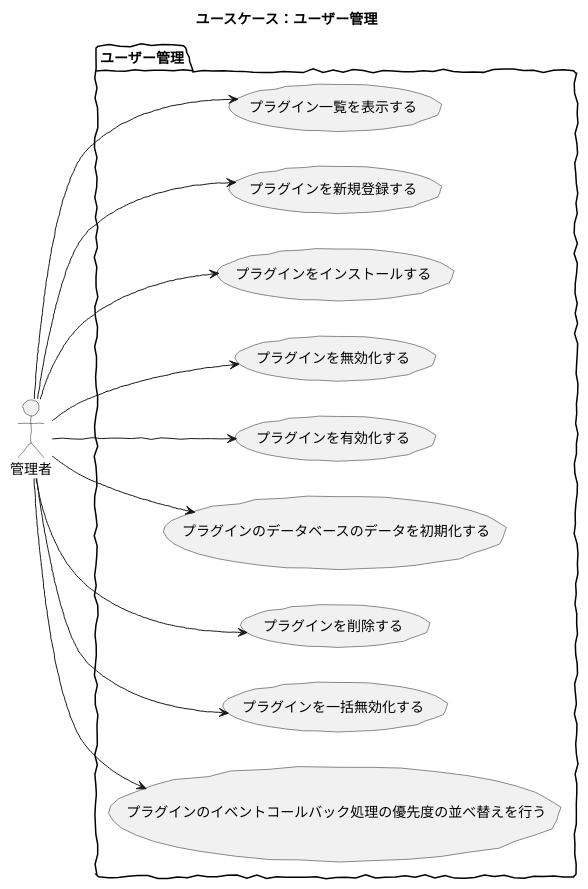
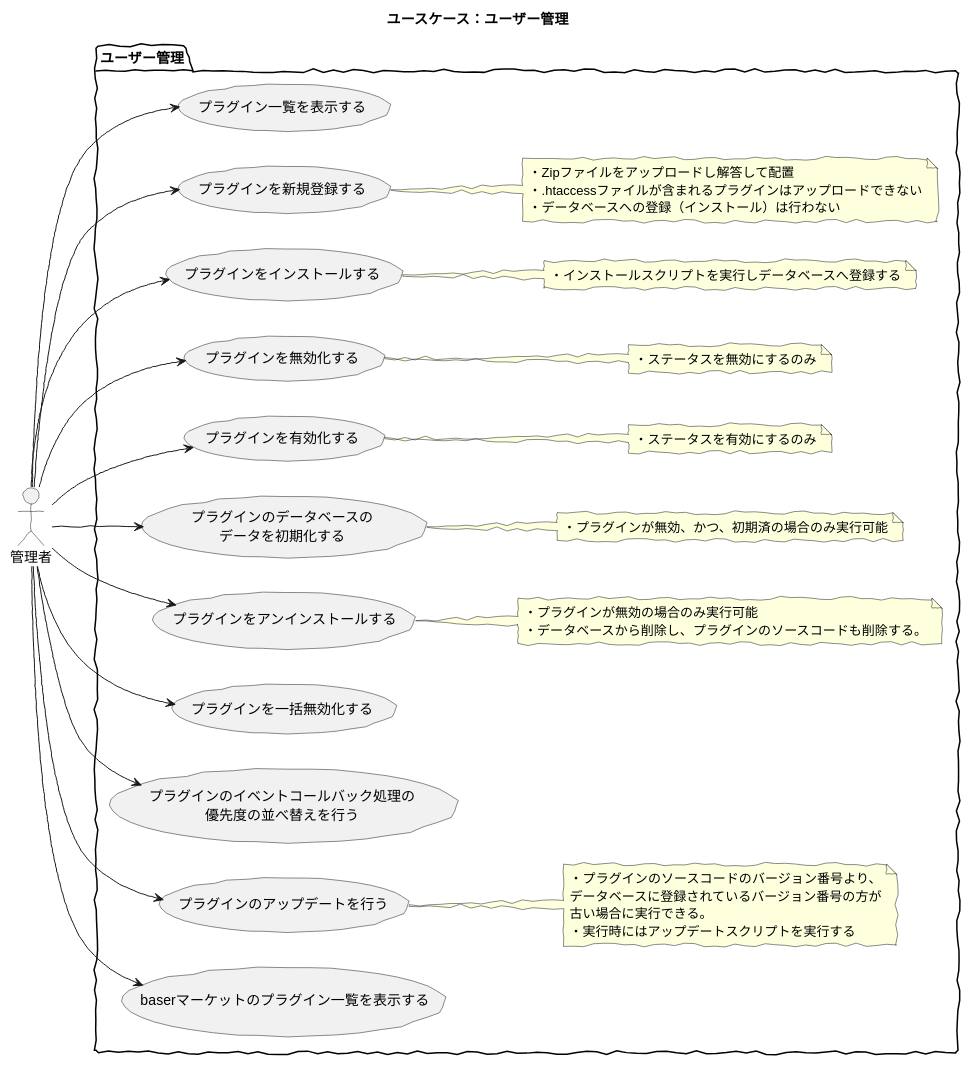
Before and after one commit to baserproject/baserproject.github.io: the diagram in src/puml/5/ucmitz/svg/use_case/plugins.puml, drawn with PlantUML. The commit also changed 8 other files, not shown here.

```diff
--- a/src/puml/5/ucmitz/svg/use_case/plugins.puml
+++ b/src/puml/5/ucmitz/svg/use_case/plugins.puml
@@ -1,22 +1,51 @@
 @startuml
 skinparam handwritten true
 skinparam backgroundColor white
 
 title ユースケース：ユーザー管理
 
 actor 管理者
 
 package ユーザー管理 {
 	left to right direction
 	管理者 --> (プラグイン一覧を表示する)
 	管理者 --> (プラグインを新規登録する)
+	note right of (プラグインを新規登録する)
+	・Zipファイルをアップロードし解答して配置
+	・.htaccessファイルが含まれるプラグインはアップロードできない
+	・データベースへの登録（インストール）は行わない
+	endnote
 	管理者 --> (プラグインをインストールする)
+	note right of (プラグインをインストールする)
+	・インストールスクリプトを実行しデータベースへ登録する
+	endnote
 	管理者 --> (プラグインを無効化する)
+	note right of (プラグインを無効化する)
+	・ステータスを無効にするのみ
+	endnote
 	管理者 --> (プラグインを有効化する)
-	管理者 --> (プラグインのデータベースのデータを初期化する)
-	管理者 --> (プラグインを削除する)
+	note right of (プラグインを有効化する)
+	・ステータスを有効にするのみ
+	endnote
+	管理者 --> (プラグインのデータベースの\nデータを初期化する)
+	note right of (プラグインのデータベースの\nデータを初期化する)
+	・プラグインが無効、かつ、初期済の場合のみ実行可能
+	endnote
+	管理者 --> (プラグインをアンインストールする)
+	note right of (プラグインをアンインストールする)
+	・プラグインが無効の場合のみ実行可能
+	・データベースから削除し、プラグインのソースコードも削除する。
+	endnote
 	管理者 --> (プラグインを一括無効化する)
-	管理者 --> (プラグインのイベントコールバック処理の優先度の並べ替えを行う)
+	管理者 --> (プラグインのイベントコールバック処理の\n優先度の並べ替えを行う)
+	管理者 --> (プラグインのアップデートを行う)
+	note right of (プラグインのアップデートを行う)
+	・プラグインのソースコードのバージョン番号より、
+	データベースに登録されているバージョン番号の方が
+	古い場合に実行できる。
+	・実行時にはアップデートスクリプトを実行する
+	endnote
+	管理者 --> (baserマーケットのプラグイン一覧を表示する)
 }
 
 @enduml
```
